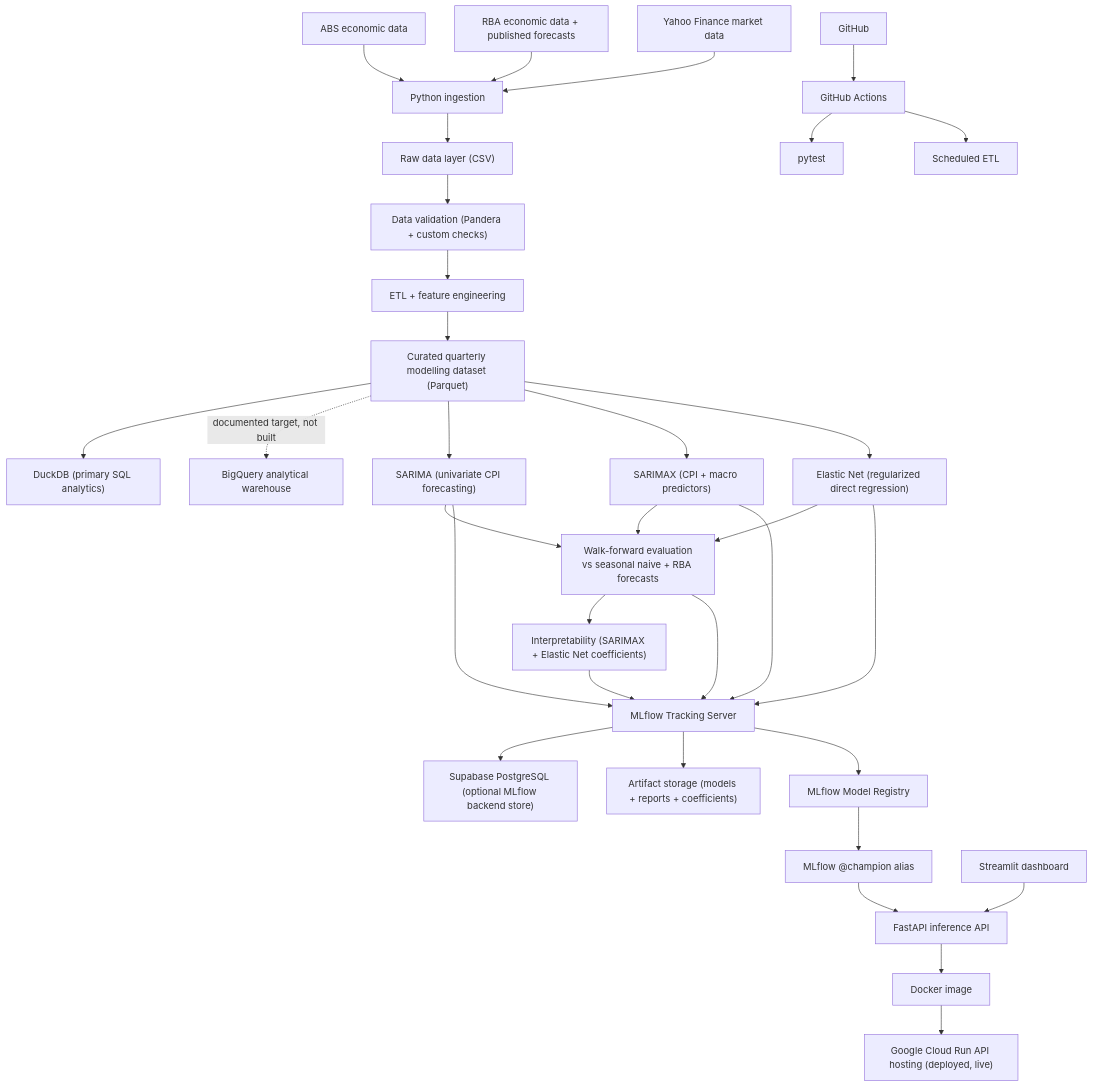
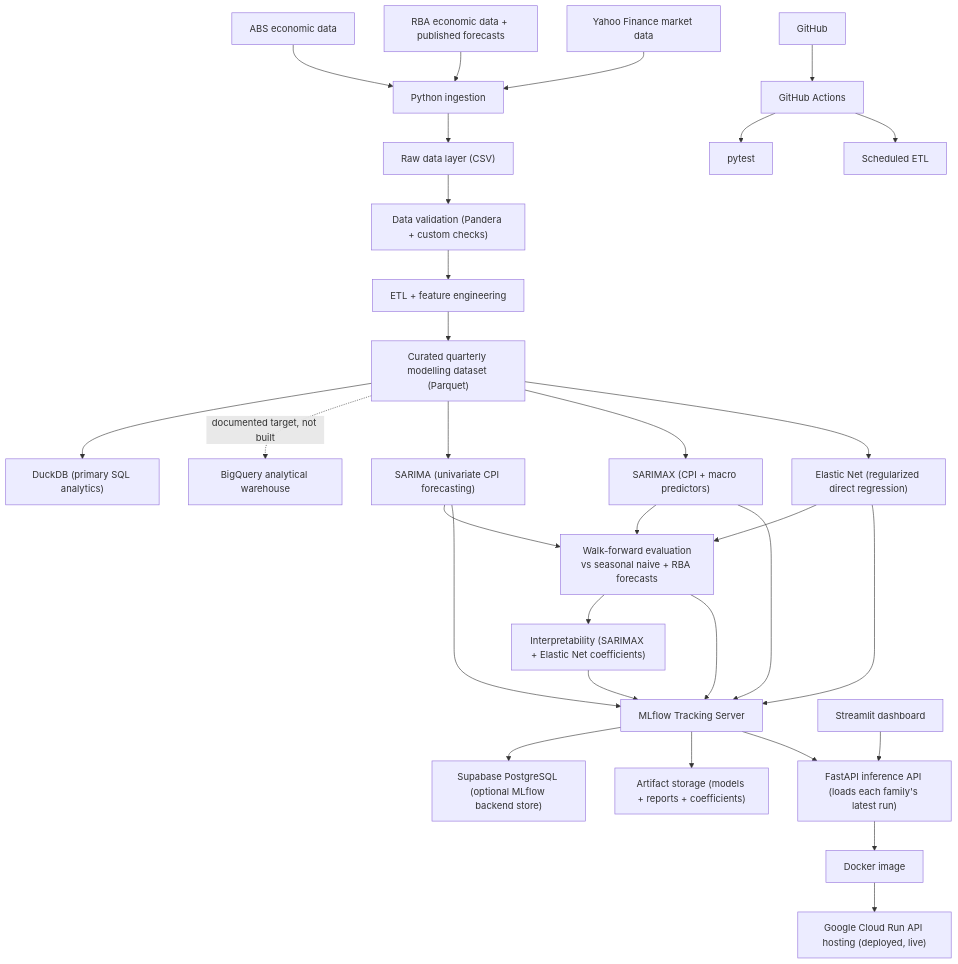
One commit to JuanVu1810/Australian-CPI-Forecast changed the diagram in README.md. Above: the diagram before and after it, drawn with Mermaid. The commit also changed other lines of this file and 9 other files, not shown here.

First line of the commit message:
Remove MLflow champion/registry concept from serving

````diff
--- a/README.md
+++ b/README.md
@@ -340,46 +341,43 @@
 ```mermaid
 flowchart TD
     ABS["ABS economic data"] --> INGEST["Python ingestion"]
     RBA["RBA economic data + published forecasts"] --> INGEST
     YF["Yahoo Finance market data"] --> INGEST
 
     INGEST --> RAW["Raw data layer (CSV)"]
     RAW --> VALIDATE["Data validation (Pandera + custom checks)"]
     VALIDATE --> ETL["ETL + feature engineering"]
     ETL --> CURATED["Curated quarterly modelling dataset (Parquet)"]
 
     CURATED --> DUCKDB["DuckDB (primary SQL analytics)"]
     CURATED -. "documented target, not built" .-> BQ["BigQuery analytical warehouse"]
 
     CURATED --> SARIMA["SARIMA (univariate CPI forecasting)"]
     CURATED --> SARIMAX["SARIMAX (CPI + macro predictors)"]
     CURATED --> ELASTIC["Elastic Net (regularized direct regression)"]
 
     SARIMA --> EVAL["Walk-forward evaluation<br/>vs seasonal naive + RBA forecasts"]
     SARIMAX --> EVAL
     ELASTIC --> EVAL
 
     EVAL --> INTERP["Interpretability (SARIMAX + Elastic Net coefficients)"]
 
     SARIMA --> MLFLOW["MLflow Tracking Server"]
     SARIMAX --> MLFLOW
     ELASTIC --> MLFLOW
     EVAL --> MLFLOW
     INTERP --> MLFLOW
 
     MLFLOW --> POSTGRES["Supabase PostgreSQL (optional MLflow backend store)"]
     MLFLOW --> ARTIFACTS["Artifact storage (models + reports + coefficients)"]
-    MLFLOW --> REGISTRY["MLflow Model Registry"]
-
-    REGISTRY --> CHAMPION["MLflow @champion alias"]
-    CHAMPION --> API["FastAPI inference API"]
+    MLFLOW --> API["FastAPI inference API (loads each family's latest run)"]
 
     STREAMLIT["Streamlit dashboard"] --> API
 
     API --> DOCKER["Docker image"]
     DOCKER --> CLOUDRUN["Google Cloud Run API hosting (deployed, live)"]
 
     GITHUB["GitHub"] --> ACTIONS["GitHub Actions"]
     ACTIONS --> TESTS["pytest"]
     ACTIONS --> SCHEDULE["Scheduled ETL"]
 ```
````
